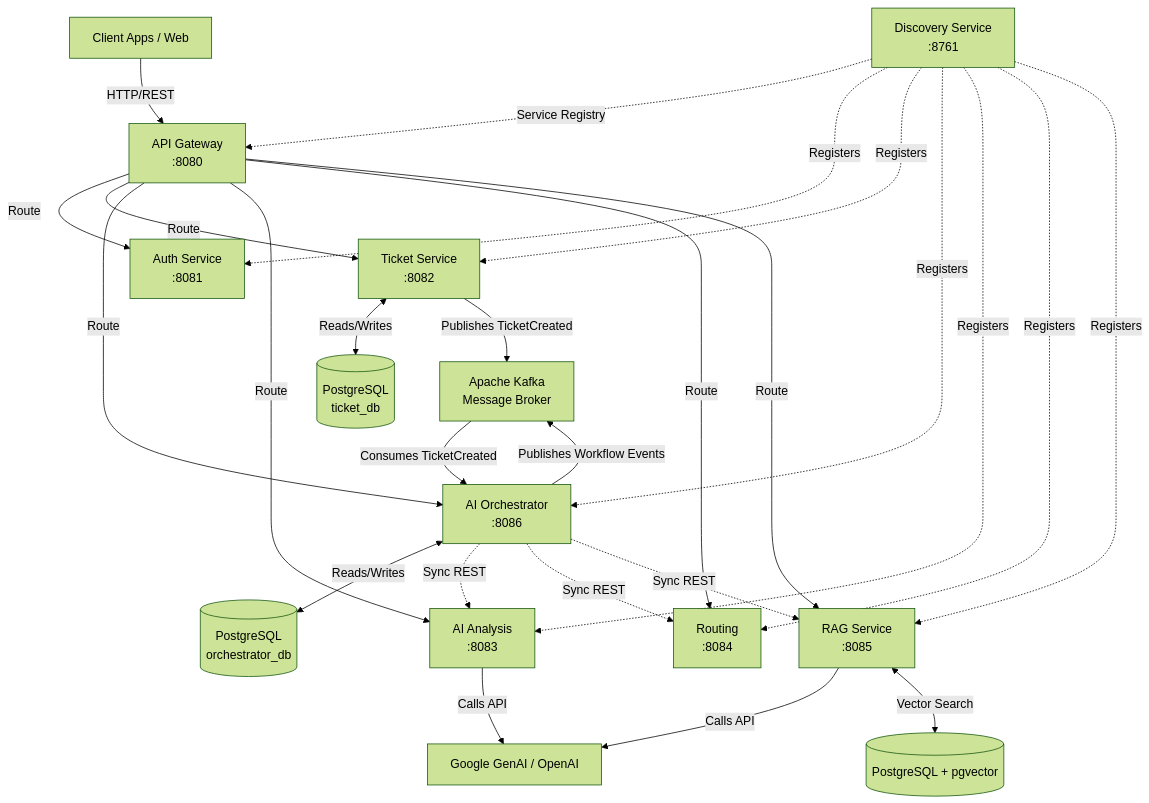
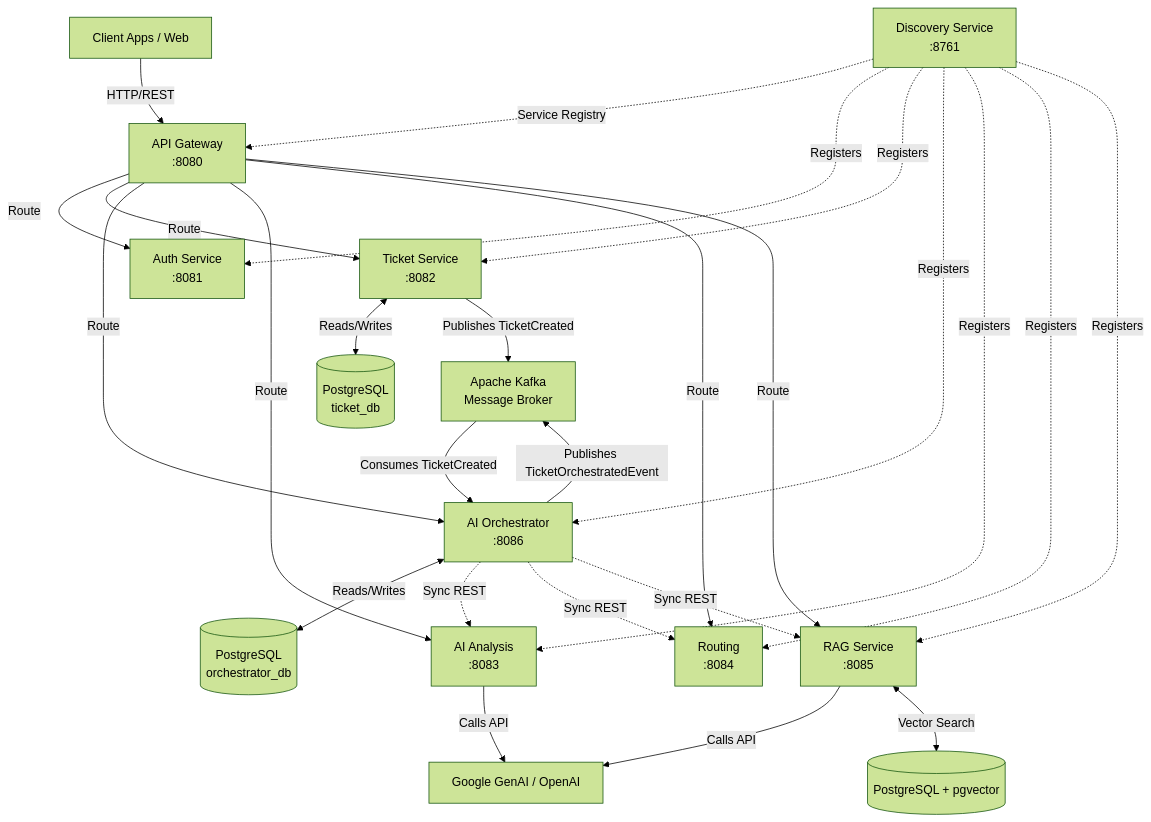
The first of 2 diagrams in OVERVIEW.md (avisheksingha/ai-support-system), drawn with Mermaid (forest theme) before and after one commit. The commit also changed other lines of this file and 36 other files, not shown here.

First line of the commit message:
Refactor workflow initialization tests to use ticketNumber and update correlation ID handling

````diff
--- a/OVERVIEW.md
+++ b/OVERVIEW.md
@@ -32,35 +32,35 @@
 ```mermaid
 graph TD
     Client[Client Apps / Web] -->|HTTP/REST| API_GW[API Gateway<br>:8080]
     
     API_GW -->|Route| AUTH[Auth Service<br>:8081]
     API_GW -->|Route| TS[Ticket Service<br>:8082]
     API_GW -->|Route| ORCH[AI Orchestrator<br>:8086]
     API_GW -->|Route| AIS[AI Analysis<br>:8083]
     API_GW -->|Route| RS[Routing<br>:8084]
     API_GW -->|Route| RAG[RAG Service<br>:8085]
 
     DS[Discovery Service<br>:8761] -.->|Service Registry| API_GW
     DS -.->|Registers| AUTH
     DS -.->|Registers| TS
     DS -.->|Registers| ORCH
     DS -.->|Registers| AIS
     DS -.->|Registers| RS
     DS -.->|Registers| RAG
 
     TS <-->|Reads/Writes| DB[(PostgreSQL<br>ticket_db)]
     ORCH <-->|Reads/Writes| ORCH_DB[(PostgreSQL<br>orchestrator_db)]
 
     TS -->|Publishes TicketCreated| Kafka[Apache Kafka<br>Message Broker]
     Kafka -->|Consumes TicketCreated| ORCH
     
     ORCH -.->|Sync REST| AIS
     ORCH -.->|Sync REST| RS
     ORCH -.->|Sync REST| RAG
 
     AIS -->|Calls API| ExternalAI[Google GenAI / OpenAI]
     RAG -->|Calls API| ExternalAI
     RAG <-->|Vector Search| PGV[(PostgreSQL + pgvector)]
     
-    ORCH -->|Publishes Workflow Events| Kafka
+    ORCH -->|Publishes TicketOrchestratedEvent| Kafka
 ```
````
